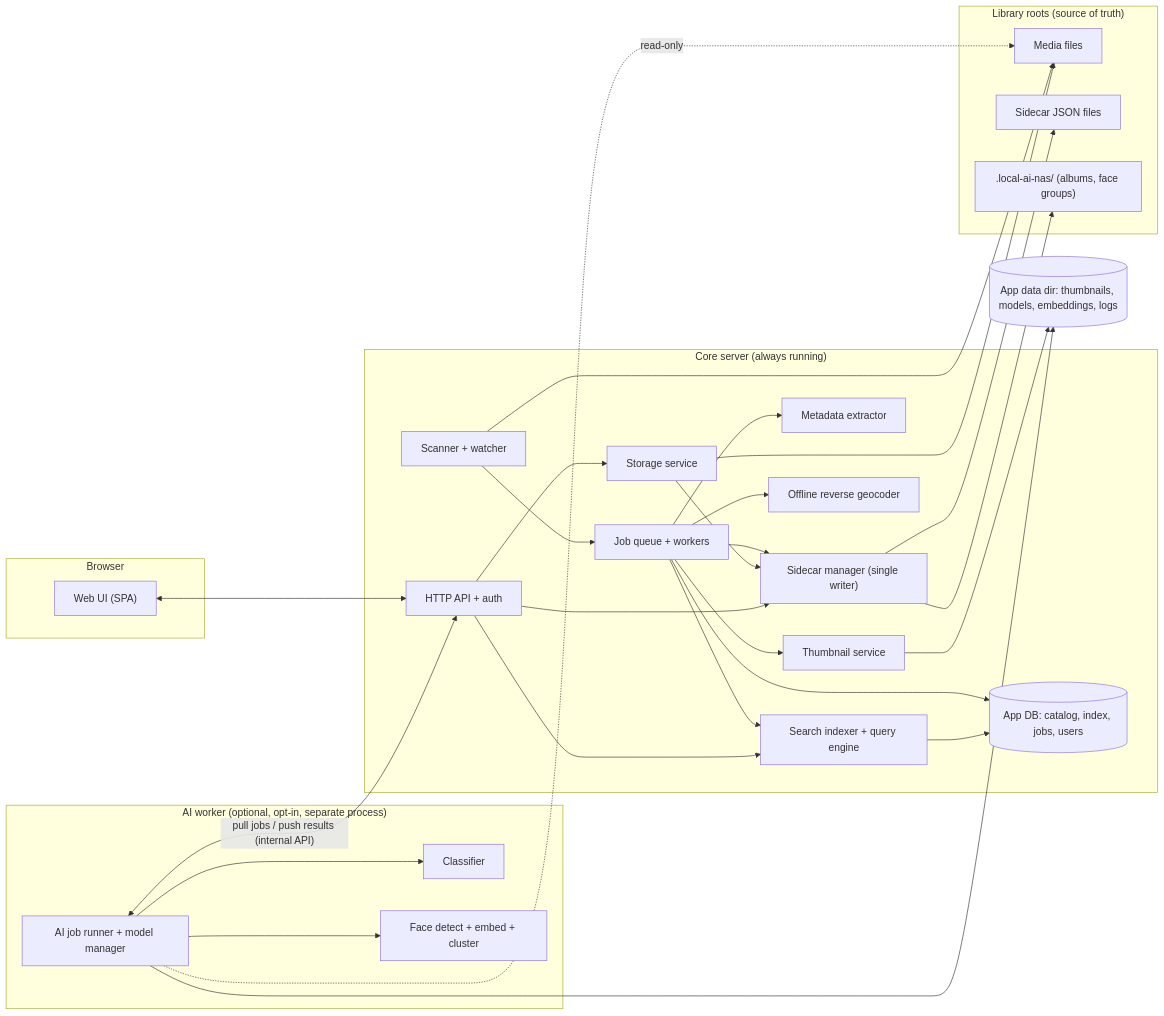
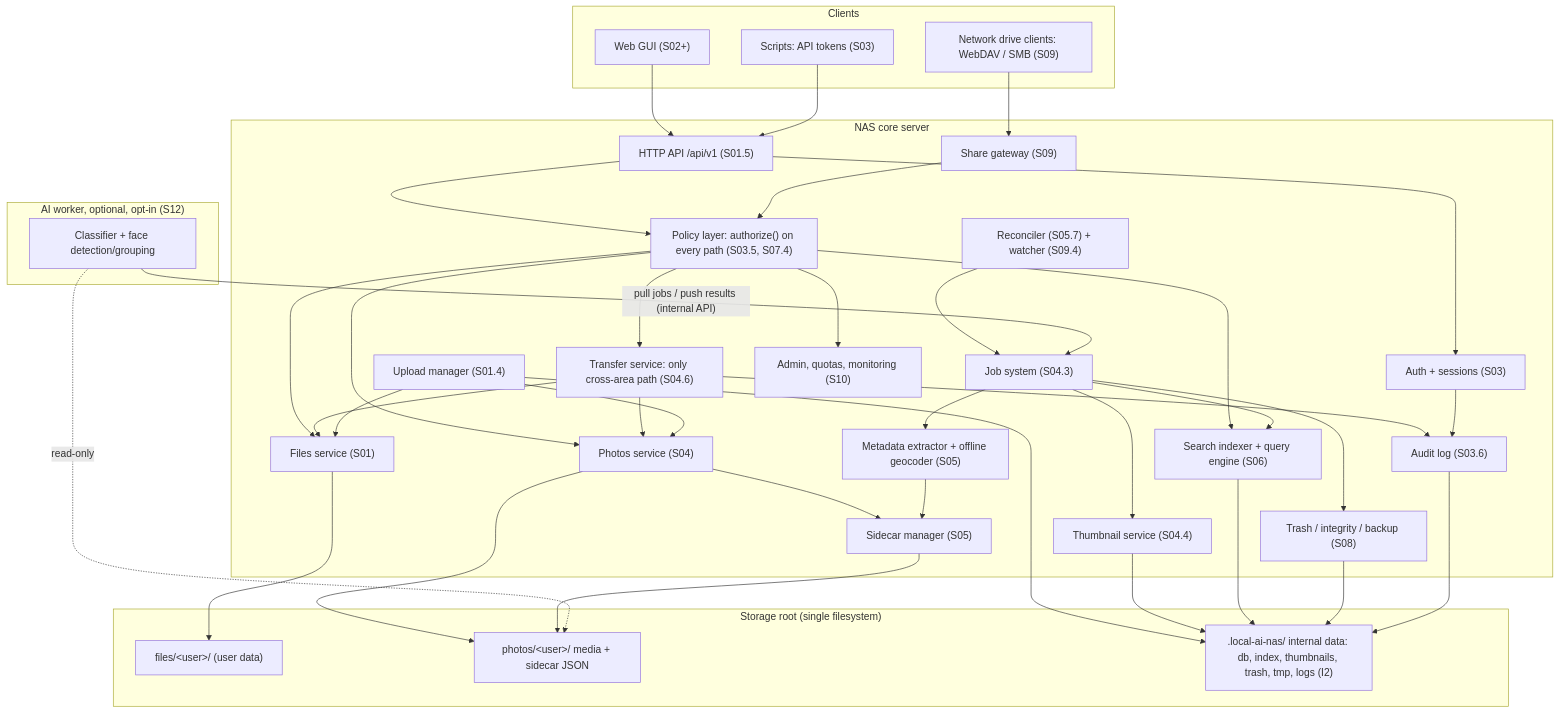
One commit to KhizirFarrukh/local-ai-nas changed the first of 2 diagrams in code-agent-docs/plan.md. Above: the diagram before and after it, drawn with Mermaid. The commit also changed other lines of this file and 10 other files, not shown here.

First line of the commit message:
docs(plan): staged roadmap v0.2.0 with S01 stage plan [P002]

````diff
--- a/code-agent-docs/plan.md
+++ b/code-agent-docs/plan.md
@@ -296,57 +471,73 @@
 ```mermaid
-flowchart LR
-    subgraph Browser
-        UI["Web UI (SPA)"]
+flowchart TB
+    subgraph Clients
+        GUI["Web GUI (S02+)"]
+        NETC["Network drive clients: WebDAV / SMB (S09)"]
+        SCRIPT["Scripts: API tokens (S03)"]
     end
 
-    subgraph Core["Core server (always running)"]
-        API["HTTP API + auth"]
-        STORE["Storage service"]
-        SIDE["Sidecar manager (single writer)"]
-        SCAN["Scanner + watcher"]
-        JOBS["Job queue + workers"]
-        META["Metadata extractor"]
-        THUMB["Thumbnail service"]
-        GEO["Offline reverse geocoder"]
-        SEARCH["Search indexer + query engine"]
-        DB[("App DB: catalog, index, jobs, users")]
+    subgraph Core["NAS core server"]
+        API["HTTP API /api/v1 (S01.5)"]
+        AUTH["Auth + sessions (S03)"]
+        POLICY["Policy layer: authorize() on every path (S03.5, S07.4)"]
+        FILESSVC["Files service (S01)"]
+        PHOTOSSVC["Photos service (S04)"]
+        XFER["Transfer service: only cross-area path (S04.6)"]
+        UPLOAD["Upload manager (S01.4)"]
+        SIDE["Sidecar manager (S05)"]
+        META["Metadata extractor + offline geocoder (S05)"]
+        JOBS["Job system (S04.3)"]
+        THUMB["Thumbnail service (S04.4)"]
+        SEARCH["Search indexer + query engine (S06)"]
+        AUDIT["Audit log (S03.6)"]
+        WATCH["Reconciler (S05.7) + watcher (S09.4)"]
+        PROTECT["Trash / integrity / backup (S08)"]
+        SHARES["Share gateway (S09)"]
+        ADMIN["Admin, quotas, monitoring (S10)"]
     end
 
-    subgraph AI["AI worker (optional, opt-in, separate process)"]
-        AIRUN["AI job runner + model manager"]
-        CLS["Classifier"]
-        FACE["Face detect + embed + cluster"]
+    subgraph Root["Storage root (single filesystem)"]
+        FILES["files/&lt;user&gt;/ (user data)"]
+        PHOTOS["photos/&lt;user&gt;/ media + sidecar JSON"]
+        INTERNAL[".local-ai-nas/ internal data: db, index, thumbnails, trash, tmp, logs (I2)"]
     end
 
-    subgraph Library["Library roots (source of truth)"]
-        MEDIA["Media files"]
-        JSON["Sidecar JSON files"]
-        LIBMETA[".local-ai-nas/ (albums, face groups)"]
+    subgraph AI["AI worker, optional, opt-in (S12)"]
+        AIW["Classifier + face detection/grouping"]
     end
 
-    CACHE[("App data dir: thumbnails, models, embeddings, logs")]
-
-    UI <--> API
-    API --> STORE
-    API --> SEARCH
-    API --> SIDE
-    STORE --> MEDIA
-    STORE --> SIDE
-    SCAN --> MEDIA
-    SCAN --> JOBS
+    GUI --> API
+    SCRIPT --> API
+    NETC --> SHARES
+    API --> AUTH
+    API --> POLICY
+    SHARES --> POLICY
+    POLICY --> FILESSVC
+    POLICY --> PHOTOSSVC
+    POLICY --> XFER
+    POLICY --> SEARCH
+    POLICY --> ADMIN
+    FILESSVC --> FILES
+    PHOTOSSVC --> PHOTOS
+    XFER --> FILESSVC
+    XFER --> PHOTOSSVC
+    UPLOAD --> INTERNAL
+    UPLOAD --> FILESSVC
+    UPLOAD --> PHOTOSSVC
+    PHOTOSSVC --> SIDE
+    SIDE --> PHOTOS
     JOBS --> META
     JOBS --> THUMB
-    JOBS --> GEO
-    JOBS --> SIDE
     JOBS --> SEARCH
-    SIDE --> JSON
-    SIDE --> LIBMETA
-    SEARCH --> DB
-    JOBS --> DB
-    THUMB --> CACHE
-    AIRUN <-->|"pull jobs / push results (internal API)"| API
-    AIRUN --> CLS
-    AIRUN --> FACE
-    AIRUN -.->|read-only| MEDIA
-    AIRUN --> CACHE
+    JOBS --> PROTECT
+    META --> SIDE
+    THUMB --> INTERNAL
+    SEARCH --> INTERNAL
+    PROTECT --> INTERNAL
+    WATCH --> JOBS
+    XFER --> AUDIT
+    AUTH --> AUDIT
+    AUDIT --> INTERNAL
+    AIW -->|"pull jobs / push results (internal API)"| JOBS
+    AIW -.->|read-only| PHOTOS
 ```
````
